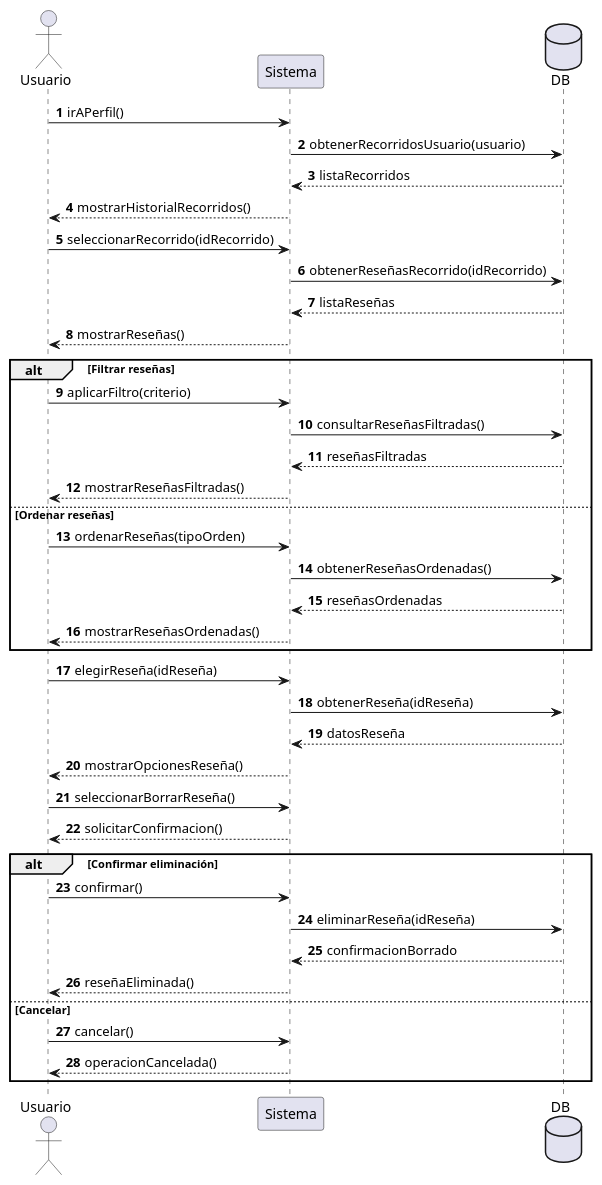
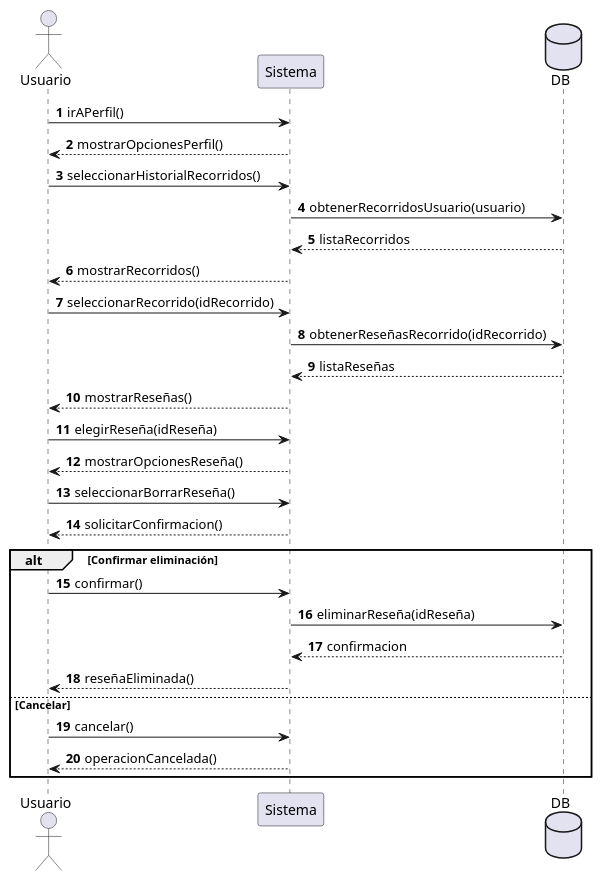
The diagram in docs/Secuencia/Modulo reseñas/SECUENCIA_ELIMINAR_RESEÑA.puml (LauKnitIn/SISTEMA-GESTOR-DE-RECORRIDOS), drawn with PlantUML before and after one commit. The commit also changed 5 other files, not shown here.

Commit message:
added activity diagrams

```diff
--- a/docs/Secuencia/Modulo reseñas/SECUENCIA_ELIMINAR_RESEÑA.puml
+++ b/docs/Secuencia/Modulo reseñas/SECUENCIA_ELIMINAR_RESEÑA.puml
@@ -1,55 +1,44 @@
 @startuml
 autonumber
 
 actor Usuario
 participant Sistema
 database DB
 
 Usuario -> Sistema : irAPerfil()
 
+Sistema --> Usuario : mostrarOpcionesPerfil()
+
+Usuario -> Sistema : seleccionarHistorialRecorridos()
+
 Sistema -> DB : obtenerRecorridosUsuario(usuario)
 DB --> Sistema : listaRecorridos
 
-Sistema --> Usuario : mostrarHistorialRecorridos()
+Sistema --> Usuario : mostrarRecorridos()
 
 Usuario -> Sistema : seleccionarRecorrido(idRecorrido)
 
 Sistema -> DB : obtenerReseñasRecorrido(idRecorrido)
 DB --> Sistema : listaReseñas
 
 Sistema --> Usuario : mostrarReseñas()
 
-alt Filtrar reseñas
-    Usuario -> Sistema : aplicarFiltro(criterio)
-    Sistema -> DB : consultarReseñasFiltradas()
-    DB --> Sistema : reseñasFiltradas
-    Sistema --> Usuario : mostrarReseñasFiltradas()
-else Ordenar reseñas
-    Usuario -> Sistema : ordenarReseñas(tipoOrden)
-    Sistema -> DB : obtenerReseñasOrdenadas()
-    DB --> Sistema : reseñasOrdenadas
-    Sistema --> Usuario : mostrarReseñasOrdenadas()
-end
-
 Usuario -> Sistema : elegirReseña(idReseña)
-
-Sistema -> DB : obtenerReseña(idReseña)
-DB --> Sistema : datosReseña
 
 Sistema --> Usuario : mostrarOpcionesReseña()
 
 Usuario -> Sistema : seleccionarBorrarReseña()
 
 Sistema --> Usuario : solicitarConfirmacion()
 
 alt Confirmar eliminación
     Usuario -> Sistema : confirmar()
     Sistema -> DB : eliminarReseña(idReseña)
-    DB --> Sistema : confirmacionBorrado
+    DB --> Sistema : confirmacion
     Sistema --> Usuario : reseñaEliminada()
 else Cancelar
     Usuario -> Sistema : cancelar()
     Sistema --> Usuario : operacionCancelada()
 end
 
 @enduml
```
